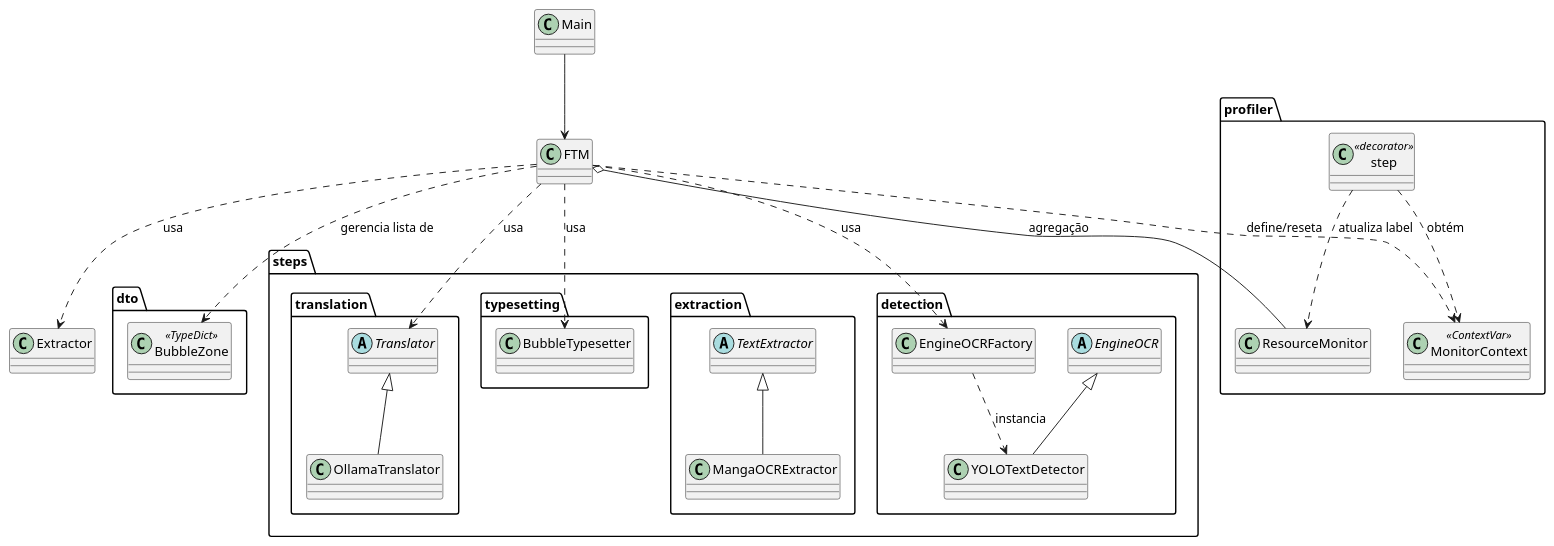
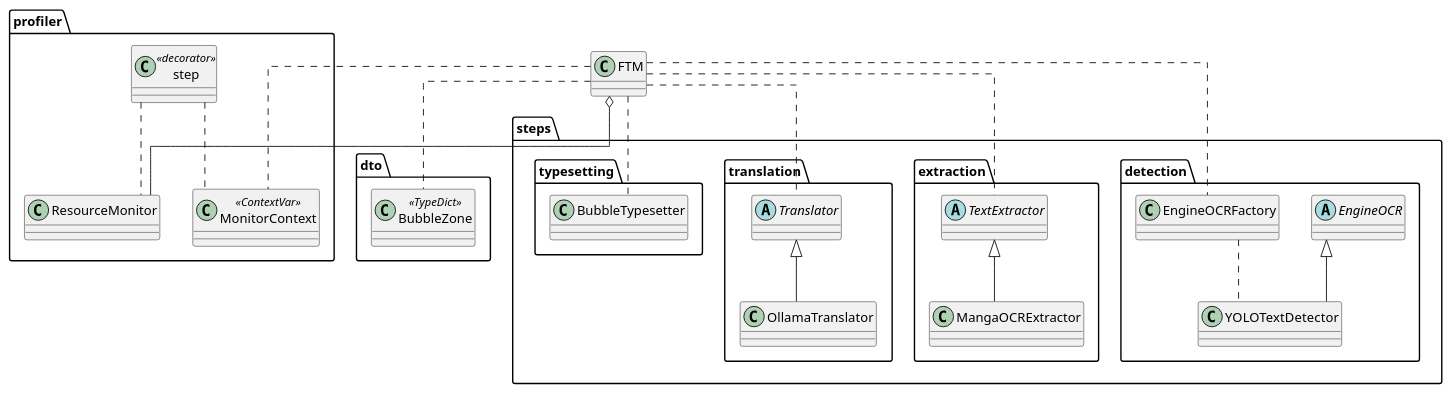
One commit to Chipskein/ftm changed the diagram in docs/diagrams/class-refactor.pu. Above: the diagram before and after it, drawn with PlantUML. The commit also changed 4 other files, not shown here.

Commit message:
ajustar diagrams

```diff
--- a/docs/diagrams/class-refactor.pu
+++ b/docs/diagrams/class-refactor.pu
@@ -1,57 +1,57 @@
 @startuml
+skinparam LineType Ortho
 
-class Main
 class FTM
 
 package "profiler" {
     class ResourceMonitor
     class MonitorContext <<ContextVar>>
     class step <<decorator>>
 }
 
 package "dto" {
     class BubbleZone <<TypeDict>>
 }
 
 package "steps" {
     package "detection" {
         abstract class EngineOCR
         class EngineOCRFactory
         class YOLOTextDetector extends EngineOCR
     }
 
     package "extraction" {
         abstract class TextExtractor
         class MangaOCRExtractor extends TextExtractor
     }
 
     package "translation" {
         abstract class Translator
         class OllamaTranslator extends Translator
     }
 
     package "typesetting" {
         class BubbleTypesetter
     }
 }
 
 
 ' Relações de Orquestração
-Main --> FTM
-FTM o-- ResourceMonitor : agregação
-FTM ..> MonitorContext : define/reseta
-FTM ..> BubbleZone : gerencia lista de
+
+FTM o-- ResourceMonitor
+FTM .. MonitorContext
+FTM .. BubbleZone
 
 ' Relações de Profiling
-step ..> MonitorContext : obtém
-step ..> ResourceMonitor : atualiza label
+step .. MonitorContext
+step .. ResourceMonitor
 
 ' Relações de Execução (Dependency Injection/Usage)
-FTM ..> EngineOCRFactory : usa
-FTM ..> Extractor : usa
-FTM ..> Translator : usa
-FTM ..> BubbleTypesetter : usa
+FTM .. EngineOCRFactory
+FTM .. TextExtractor
+FTM .. Translator
+FTM .. BubbleTypesetter
 
-EngineOCRFactory ..> YOLOTextDetector : instancia
+EngineOCRFactory .. YOLOTextDetector
 
 @enduml
```
